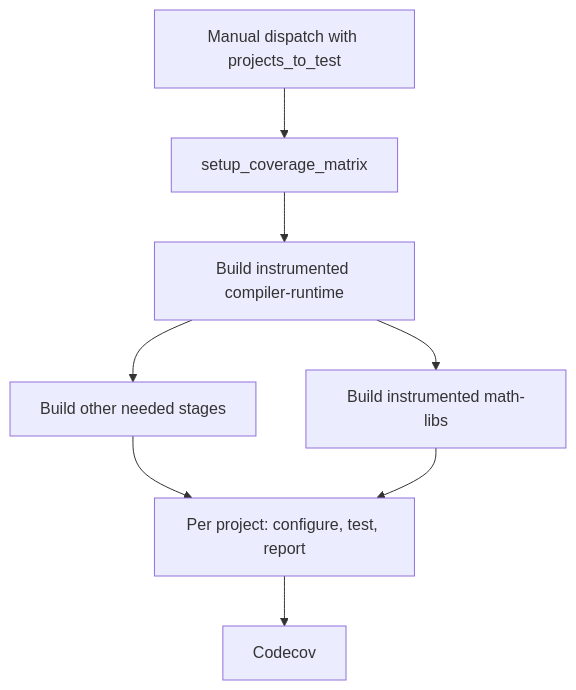
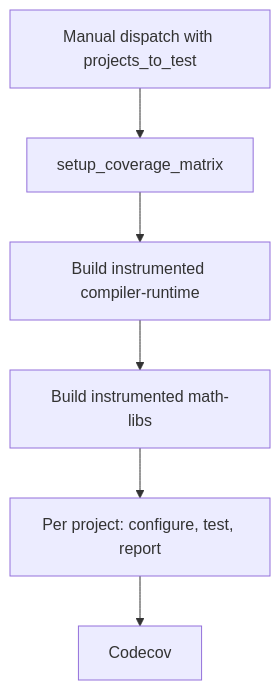
Before and after one commit to ROCm/TheRock: the diagram in docs/development/code_coverage_flows.md, drawn with Mermaid. The commit also changed other lines of this file and 4 other files, not shown here.

````diff
--- a/docs/development/code_coverage_flows.md
+++ b/docs/development/code_coverage_flows.md
@@ -11,10 +11,8 @@
 ```mermaid
 graph TD
     dispatch[Manual dispatch with projects_to_test] --> matrix[setup_coverage_matrix]
     matrix --> compilerRuntime[Build instrumented compiler-runtime]
-    compilerRuntime --> generic[Build other needed stages]
     compilerRuntime --> mathLibs[Build instrumented math-libs]
-    generic --> report[Per project: configure, test, report]
-    mathLibs --> report
+    mathLibs --> report[Per project: configure, test, report]
     report --> codecov[Codecov]
 ```
````
